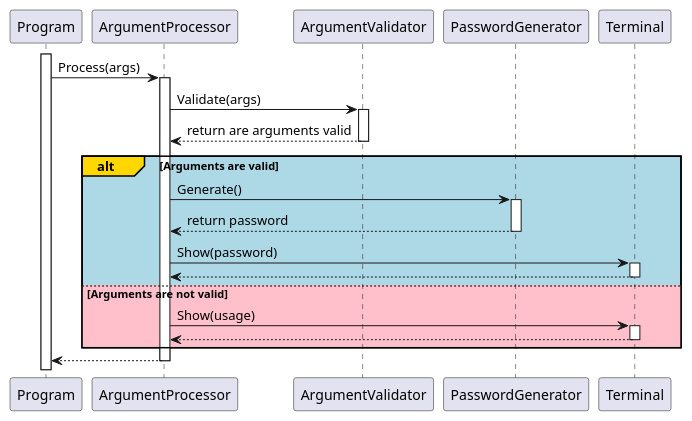
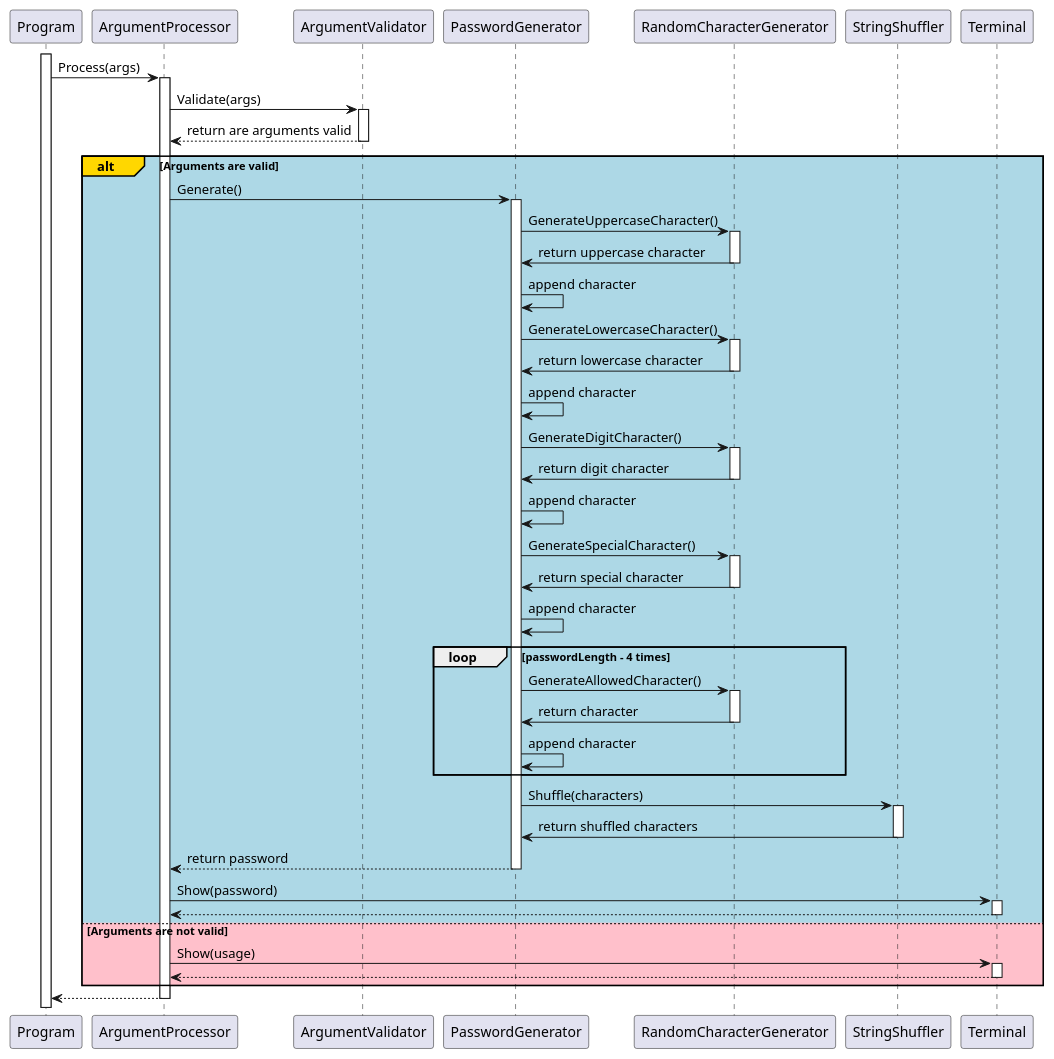
Before and after one commit to djvelimir/demo-dotnet-cli: the diagram in diagrams/Sequence.puml, drawn with PlantUML. The commit also changed 9 other files, not shown here.

Commit message:
Added RandomCharacterGenerator and StringShuffler

```diff
--- a/diagrams/Sequence.puml
+++ b/diagrams/Sequence.puml
@@ -1,39 +1,85 @@
 @startuml Sequence
 participant Program as program
 participant ArgumentProcessor as argumentProcessor
 participant ArgumentValidator as argumentValidator
 participant PasswordGenerator as passwordGenerator
+participant RandomCharacterGenerator as randomCharacterGenerator
+participant StringShuffler as stringShuffler
 participant Terminal as terminal
 
 activate program
 
 program -> argumentProcessor: Process(args)
 activate argumentProcessor
 
 argumentProcessor -> argumentValidator: Validate(args)
 activate argumentValidator
 argumentProcessor <-- argumentValidator: return are arguments valid
 deactivate argumentValidator
 
 alt#Gold #LightBlue Arguments are valid
     argumentProcessor -> passwordGenerator: Generate()
     activate passwordGenerator
+
+    passwordGenerator -> randomCharacterGenerator: GenerateUppercaseCharacter()
+    activate randomCharacterGenerator
+
+    randomCharacterGenerator -> passwordGenerator: return uppercase character
+    deactivate randomCharacterGenerator
+    passwordGenerator -> passwordGenerator: append character
+
+    passwordGenerator -> randomCharacterGenerator: GenerateLowercaseCharacter()
+    activate randomCharacterGenerator
+
+    randomCharacterGenerator -> passwordGenerator: return lowercase character
+    deactivate randomCharacterGenerator
+    passwordGenerator -> passwordGenerator: append character
+
+    passwordGenerator -> randomCharacterGenerator: GenerateDigitCharacter()
+    activate randomCharacterGenerator
+
+    randomCharacterGenerator -> passwordGenerator: return digit character
+    deactivate randomCharacterGenerator
+    passwordGenerator -> passwordGenerator: append character
+
+    passwordGenerator -> randomCharacterGenerator: GenerateSpecialCharacter()
+    activate randomCharacterGenerator
+
+    randomCharacterGenerator -> passwordGenerator: return special character
+    deactivate randomCharacterGenerator
+    passwordGenerator -> passwordGenerator: append character
+
+    loop passwordLength - 4 times
+        passwordGenerator -> randomCharacterGenerator: GenerateAllowedCharacter()
+        activate randomCharacterGenerator
+
+        randomCharacterGenerator -> passwordGenerator: return character
+        deactivate randomCharacterGenerator
+        passwordGenerator -> passwordGenerator: append character
+    end
+
+    passwordGenerator -> stringShuffler: Shuffle(characters)
+    activate stringShuffler
+
+    stringShuffler -> passwordGenerator: return shuffled characters
+    deactivate stringShuffler
+
     argumentProcessor <-- passwordGenerator: return password
     deactivate passwordGenerator
 
     argumentProcessor -> terminal: Show(password)
     activate terminal
     argumentProcessor <-- terminal
     deactivate terminal
 
 else #Pink Arguments are not valid
     argumentProcessor -> terminal: Show(usage)
     activate terminal
     argumentProcessor <-- terminal
     deactivate terminal
 end
 
 program <-- argumentProcessor
 deactivate argumentProcessor
 
 @enduml
```
